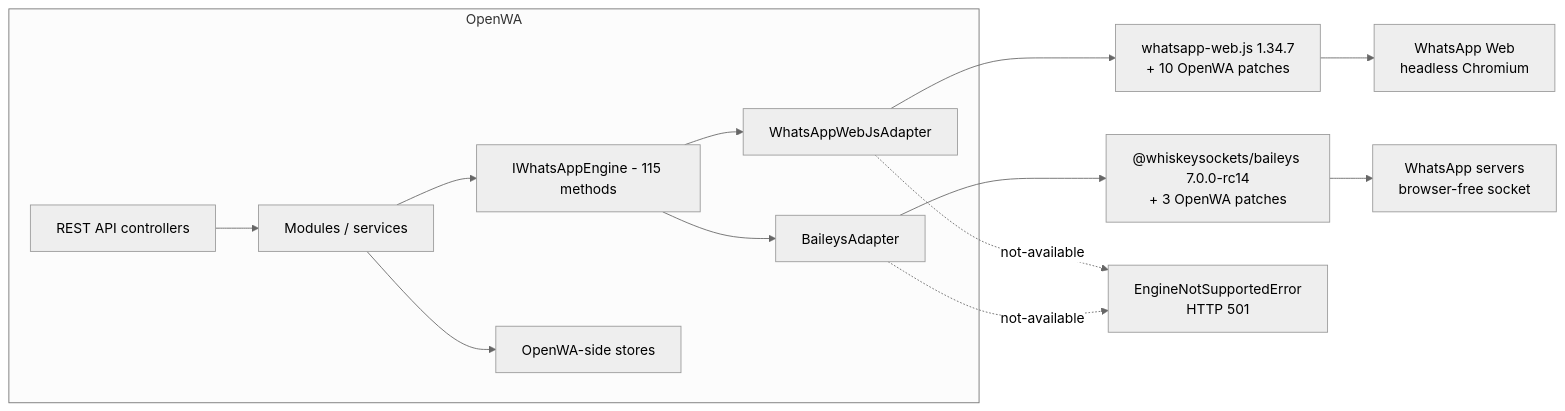
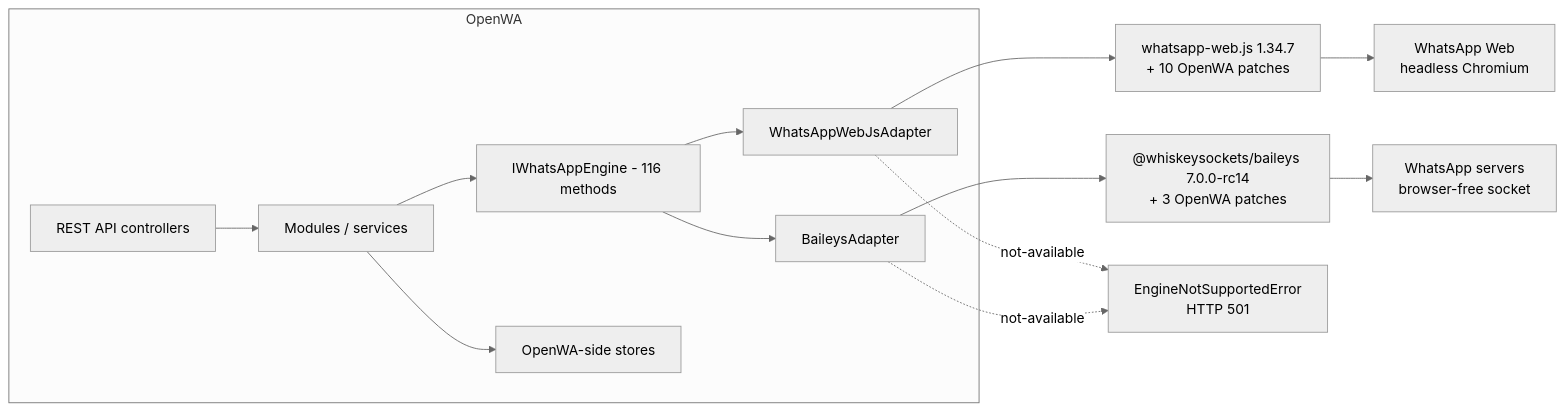
Before and after one commit to rmyndharis/OpenWA: the first of 2 diagrams in docs/29-engine-capability-matrix.md, drawn with Mermaid (neutral theme). The commit also changed other lines of this file, not shown here.

First line of the commit message:
docs(engine): count getMessageReceipts in docs/29

````diff
--- a/docs/29-engine-capability-matrix.md
+++ b/docs/29-engine-capability-matrix.md
@@ -47,16 +47,16 @@
 ```mermaid
 flowchart LR
     subgraph OpenWA["OpenWA"]
         API["REST API controllers"] --> SVC["Modules / services"]
-        SVC --> IF["IWhatsAppEngine - 115 methods"]
+        SVC --> IF["IWhatsAppEngine - 116 methods"]
         IF --> WA["WhatsAppWebJsAdapter"]
         IF --> BA["BaileysAdapter"]
         SVC --> STORE["OpenWA-side stores"]
     end
     WA --> WLIB["whatsapp-web.js 1.34.7<br/>+ 10 OpenWA patches"]
     BA --> BLIB["@whiskeysockets/baileys 7.0.0-rc14<br/>+ 3 OpenWA patches"]
     WLIB --> WEB["WhatsApp Web<br/>headless Chromium"]
     BLIB --> WAS["WhatsApp servers<br/>browser-free socket"]
     WA -.->|"not-available"| E["EngineNotSupportedError<br/>HTTP 501"]
     BA -.->|"not-available"| E
 ```
````
